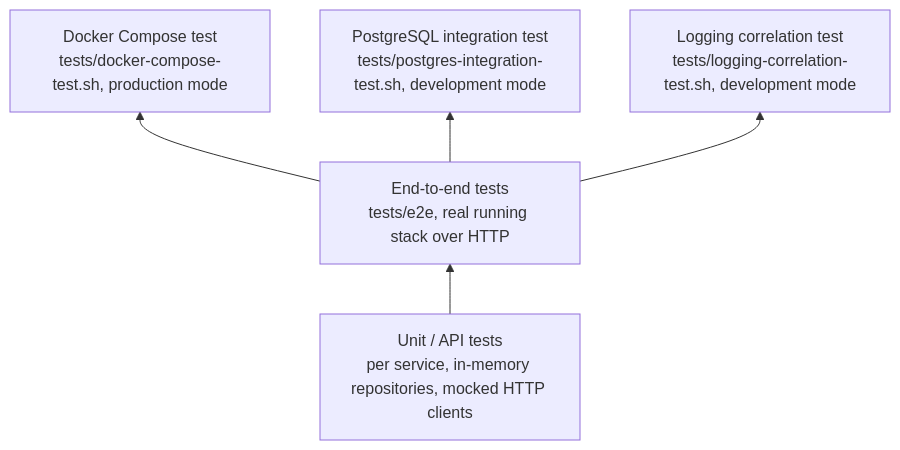
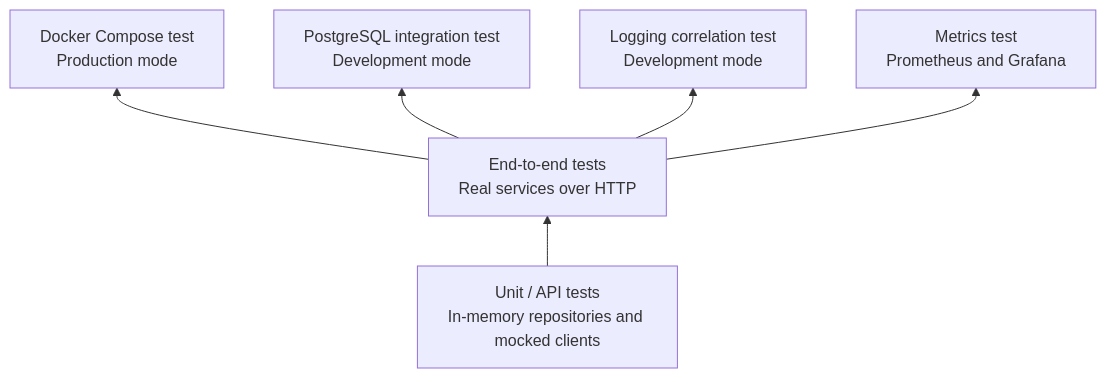
The diagram in docs/guides/testing.md (aliaagamall/pulsetrace), drawn with Mermaid before and after one commit. The commit also changed other lines of this file and 2 other files, not shown here.

Commit message:
docs(observability): document metrics dashboard and test results

````diff
--- a/docs/guides/testing.md
+++ b/docs/guides/testing.md
@@ -7,7 +7,15 @@
 ```mermaid
 flowchart BT
-    A["Unit / API tests<br/>per service, in-memory repositories, mocked HTTP clients"] --> B["End-to-end tests<br/>tests/e2e, real running stack over HTTP"]
-    B --> C["Docker Compose test<br/>tests/docker-compose-test.sh, production mode"]
-    B --> D["PostgreSQL integration test<br/>tests/postgres-integration-test.sh, development mode"]
-    B --> E["Logging correlation test<br/>tests/logging-correlation-test.sh, development mode"]
+    A["Unit / API tests<br/>In-memory repositories and mocked clients"]
+    B["End-to-end tests<br/>Real services over HTTP"]
+    C["Docker Compose test<br/>Production mode"]
+    D["PostgreSQL integration test<br/>Development mode"]
+    E["Logging correlation test<br/>Development mode"]
+    F["Metrics test<br/>Prometheus and Grafana"]
+
+    A --> B
+    B --> C
+    B --> D
+    B --> E
+    B --> F
 ```
````
